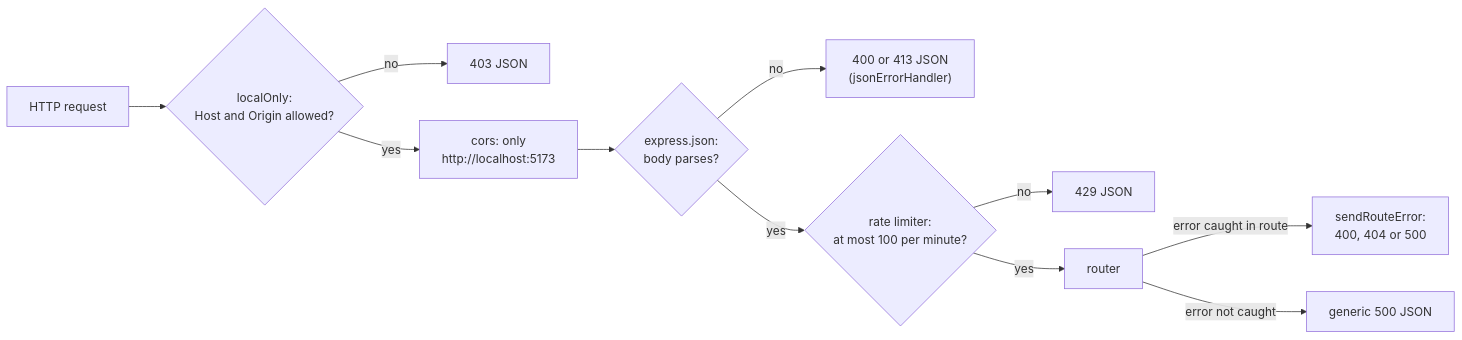
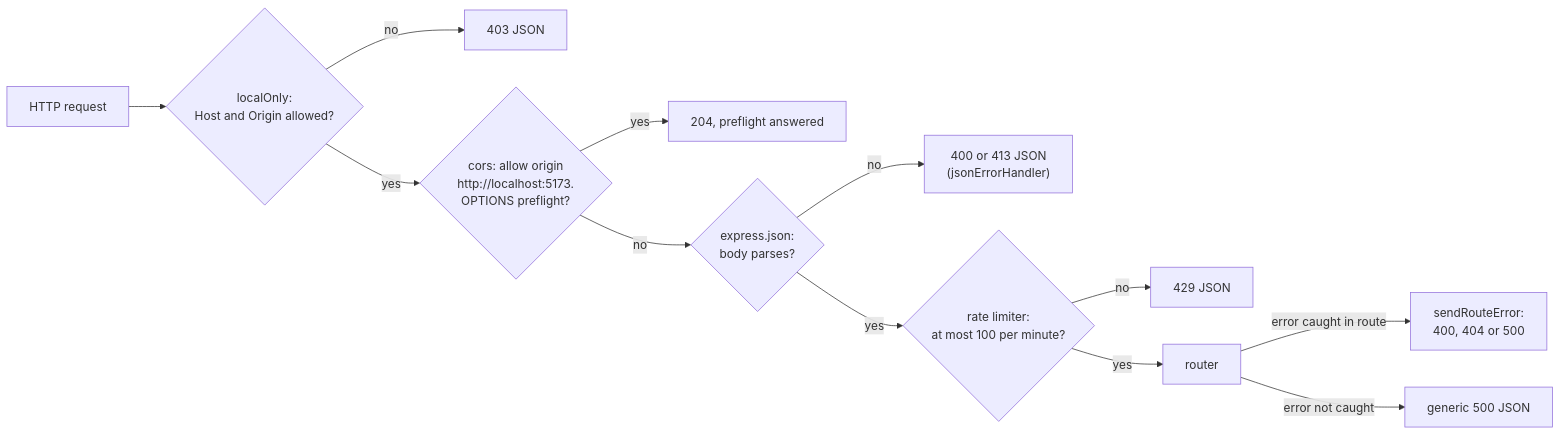
One commit to CoskunerBerke/maps_proje changed the second of 8 diagrams in docs/HOW_IT_WORKS.md. Above: the diagram before and after it, drawn with Mermaid. The commit also changed other lines of this file, not shown here.

First line of the commit message:
docs: correct the CORS claim and add concurrency, latency and config

````diff
--- a/docs/HOW_IT_WORKS.md
+++ b/docs/HOW_IT_WORKS.md
@@ -110,13 +110,14 @@
 ```mermaid
 flowchart LR
     Req["HTTP request"] --> G{"localOnly:<br/>Host and Origin allowed?"}
     G -- no --> R403["403 JSON"]
-    G -- yes --> C["cors: only<br/>http://localhost:5173"]
-    C --> J{"express.json:<br/>body parses?"}
+    G -- yes --> C{"cors: allow origin<br/>http://localhost:5173.<br/>OPTIONS preflight?"}
+    C -- yes --> R204["204, preflight answered"]
+    C -- no --> J{"express.json:<br/>body parses?"}
     J -- no --> R400["400 or 413 JSON<br/>(jsonErrorHandler)"]
     J -- yes --> L{"rate limiter:<br/>at most 100 per minute?"}
     L -- no --> R429["429 JSON"]
     L -- yes --> Rt["router"]
     Rt -- "error caught in route" --> SRE["sendRouteError:<br/>400, 404 or 500"]
     Rt -- "error not caught" --> R500["generic 500 JSON"]
 ```
````
